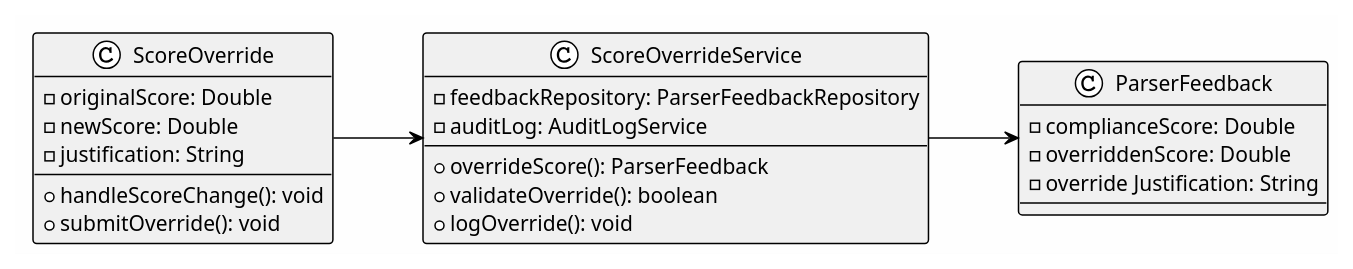
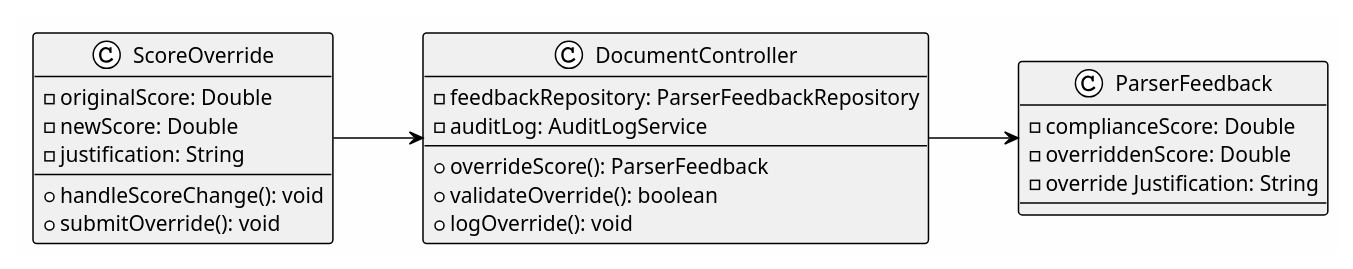
Before and after one commit to lawas-tess/SPMP-Evaluator: diagram 14 of 29 in Capstone Files/Module2.md, drawn with PlantUML. The commit also changed other lines of this file and 8 other files, not shown here.

Commit message:
Add AI integration architecture docs, PlantUML diagrams, and presentation script; Update modules with hybrid AI approach; Switch to Amazon Nova model with timeout protection

````diff
--- a/Capstone Files/Module2.md
+++ b/Capstone Files/Module2.md
@@ -1852,35 +1918,35 @@
 ```plantuml
 @startuml ScoreOverride_ClassDiagram
 !theme plain
 left to right direction
 skinparam backgroundColor #FEFEFE
 skinparam classBackgroundColor #F0F0F0
 
 class ScoreOverride {
   - originalScore: Double
   - newScore: Double
   - justification: String
   --
   + handleScoreChange(): void
   + submitOverride(): void
 }
 
-class ScoreOverrideService {
+class DocumentController{
   - feedbackRepository: ParserFeedbackRepository
   - auditLog: AuditLogService
   --
   + overrideScore(): ParserFeedback
   + validateOverride(): boolean
   + logOverride(): void
 }
 
 class ParserFeedback {
   - complianceScore: Double
   - overriddenScore: Double
   - override Justification: String
 }
 
-ScoreOverride --> ScoreOverrideService
-ScoreOverrideService --> ParserFeedback
+ScoreOverride --> DocumentController
+DocumentController--> ParserFeedback
 @enduml
 ```
````
